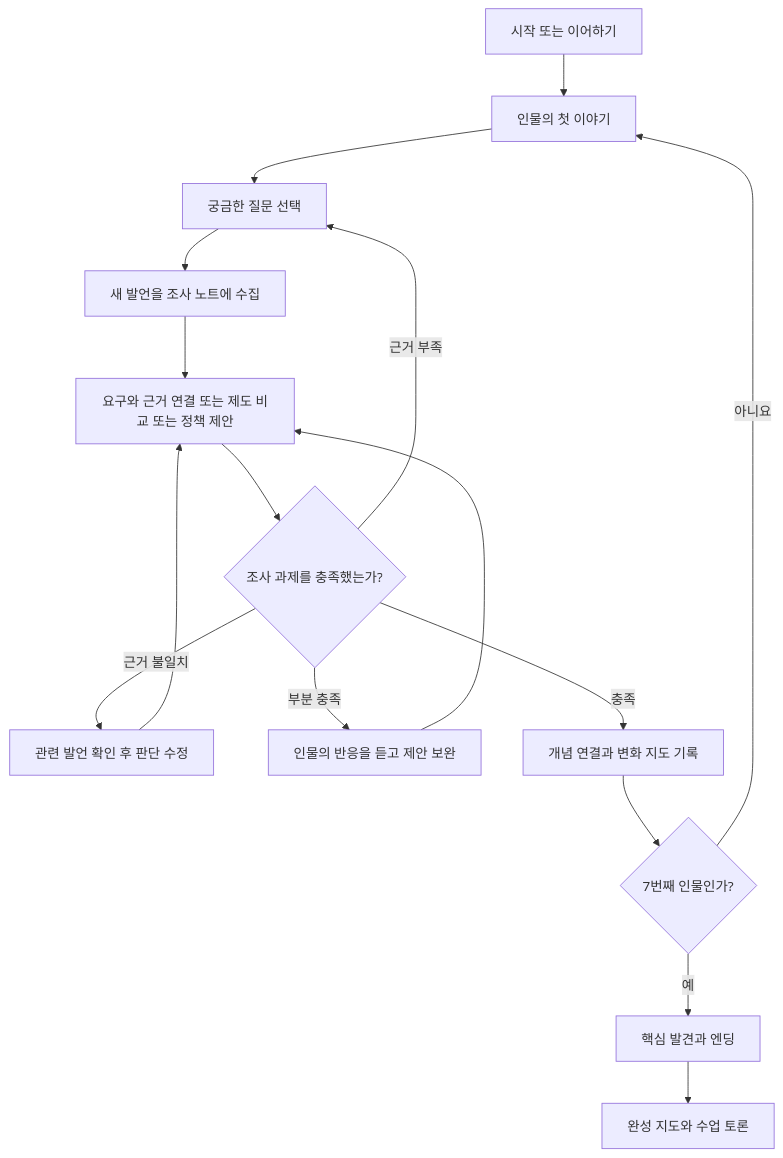
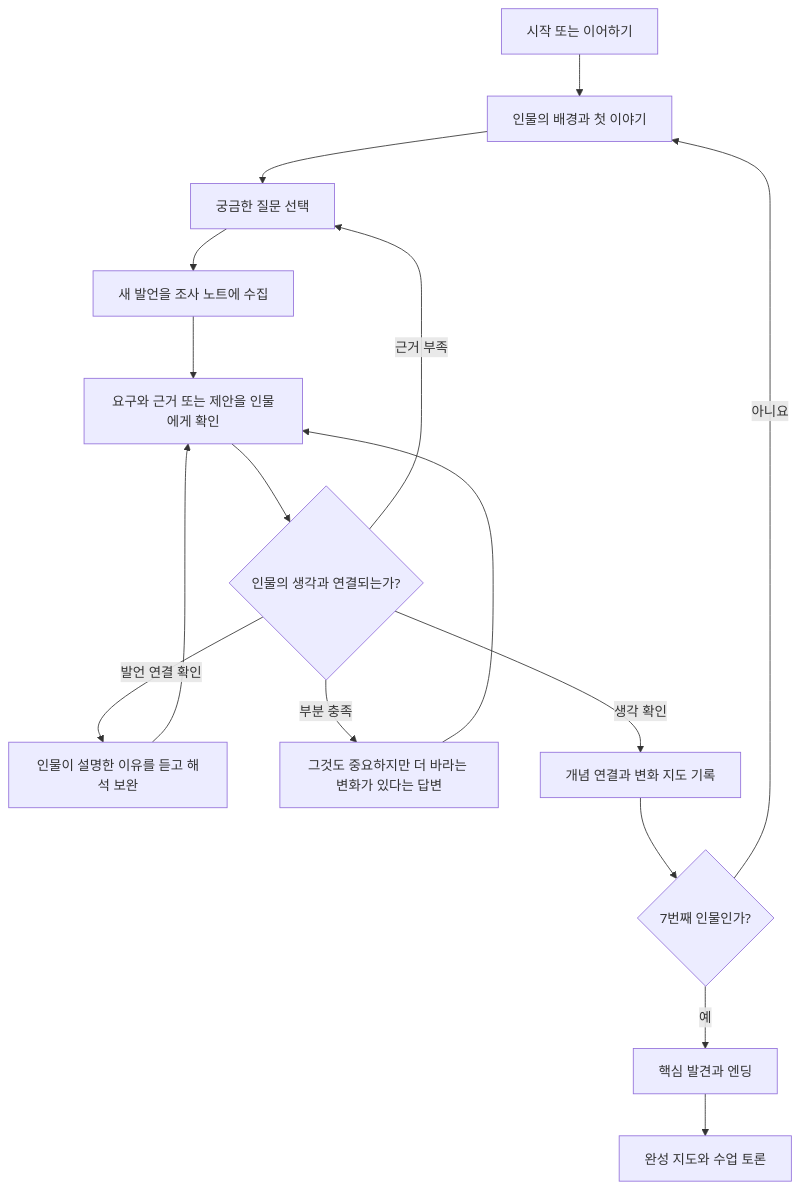
One commit to bon17/1919choice changed the first of 6 diagrams in docs/DIAGRAMS.md. Above: the diagram before and after it, drawn with Mermaid. The commit also changed other lines of this file and 9 other files, not shown here.

````diff
--- a/docs/DIAGRAMS.md
+++ b/docs/DIAGRAMS.md
@@ -7,18 +7,18 @@
 ```mermaid
 flowchart TD
-    A[시작 또는 이어하기] --> B[인물의 첫 이야기]
+    A[시작 또는 이어하기] --> B[인물의 배경과 첫 이야기]
     B --> C[궁금한 질문 선택]
     C --> D[새 발언을 조사 노트에 수집]
-    D --> E[요구와 근거 연결 또는 제도 비교 또는 정책 제안]
-    E --> F{조사 과제를 충족했는가?}
+    D --> E[요구와 근거 또는 제안을 인물에게 확인]
+    E --> F{인물의 생각과 연결되는가?}
     F -- 근거 부족 --> C
-    F -- 근거 불일치 --> G[관련 발언 확인 후 판단 수정]
+    F -- 발언 연결 확인 --> G[인물이 설명한 이유를 듣고 해석 보완]
     G --> E
-    F -- 부분 충족 --> H[인물의 반응을 듣고 제안 보완]
+    F -- 부분 충족 --> H[그것도 중요하지만 더 바라는 변화가 있다는 답변]
     H --> E
-    F -- 충족 --> I[개념 연결과 변화 지도 기록]
+    F -- 생각 확인 --> I[개념 연결과 변화 지도 기록]
     I --> J{7번째 인물인가?}
     J -- 아니요 --> B
     J -- 예 --> K[핵심 발견과 엔딩]
     K --> L[완성 지도와 수업 토론]
 ```
````
